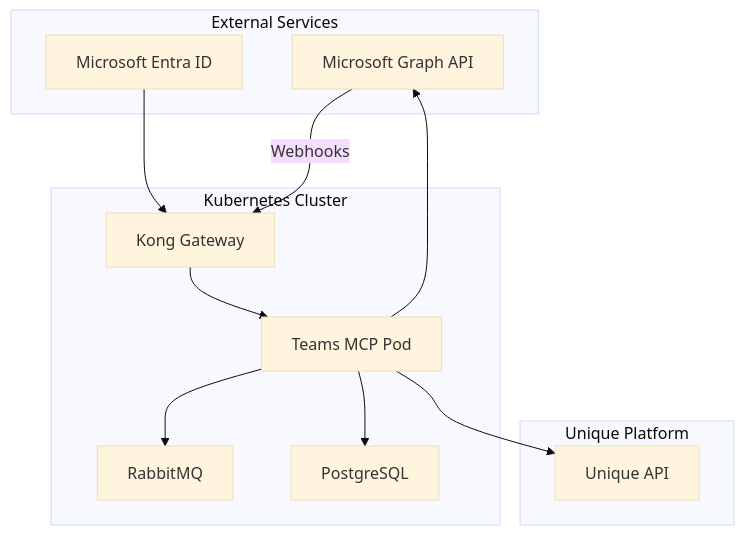
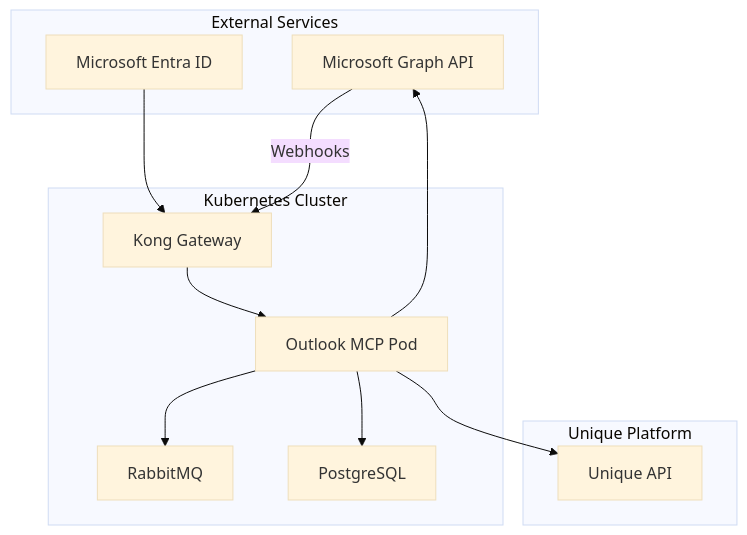
The diagram in services/outlook-fat-mcp/docs/operator/README.md (Unique-AG/connectors), drawn with Mermaid (base theme) before and after one commit. The commit also changed other lines of this file and 34 other files, not shown here.

````diff
--- a/services/outlook-fat-mcp/docs/operator/README.md
+++ b/services/outlook-fat-mcp/docs/operator/README.md
@@ -24,26 +24,26 @@
 ```mermaid
 flowchart TB
     subgraph External["External Services"]
         MSGraph["Microsoft Graph API"]
         EntraID["Microsoft Entra ID"]
     end
 
     subgraph K8s["Kubernetes Cluster"]
         Kong["Kong Gateway"]
-        TeamsMCP["Teams MCP Pod"]
+        OutlookMCP["Outlook MCP Pod"]
         RabbitMQ["RabbitMQ"]
         PostgreSQL["PostgreSQL"]
     end
 
     subgraph Unique["Unique Platform"]
         UniqueAPI["Unique API"]
     end
 
     EntraID --> Kong
     MSGraph -->|"Webhooks"| Kong
-    Kong --> TeamsMCP
-    TeamsMCP --> RabbitMQ
-    TeamsMCP --> MSGraph
-    TeamsMCP --> UniqueAPI
-    TeamsMCP --> PostgreSQL
+    Kong --> OutlookMCP
+    OutlookMCP --> RabbitMQ
+    OutlookMCP --> MSGraph
+    OutlookMCP --> UniqueAPI
+    OutlookMCP --> PostgreSQL
 ```
````
